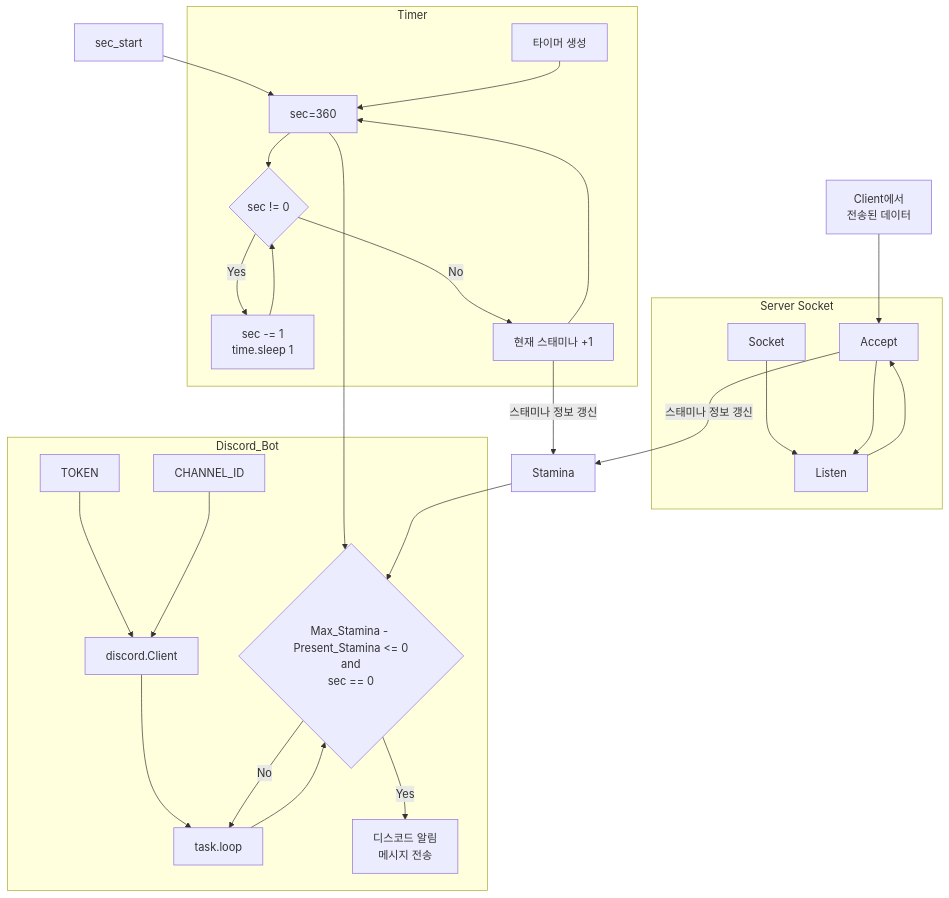
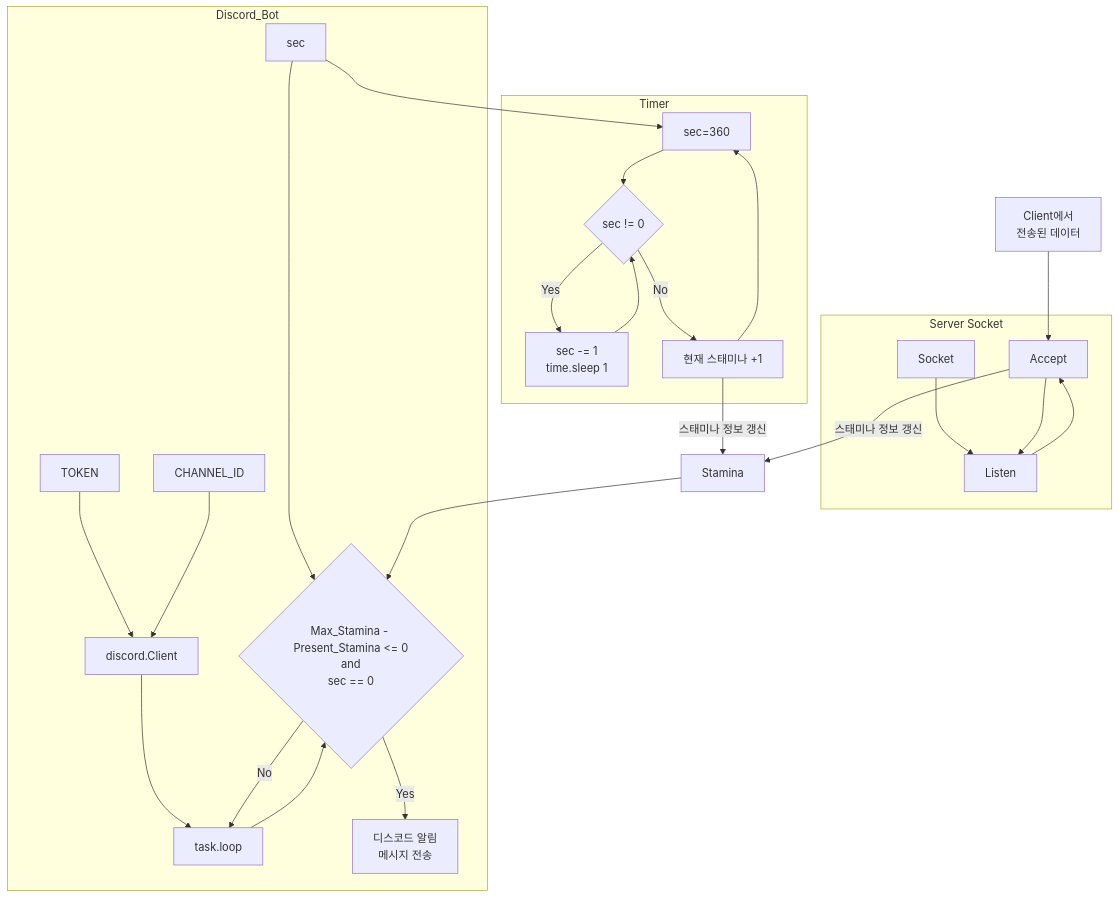
Before and after one commit to 201710808/Game-Stamina-Alarm: the third of 3 diagrams in README.md, drawn with Mermaid.

````diff
--- a/README.md
+++ b/README.md
@@ -55,33 +55,32 @@
 ```mermaid
 graph TB;
     data[Client에서\n전송된 데이터]-->Accept;
 
     subgraph Server Socket;
     Socket-->Listen;
     Listen-->Accept;
     end;
     Accept-->|스태미나 정보 갱신|Stamina;
     Accept-->Listen;
 
-    sec_start-->sec;
+    sec-->sec360;
     subgraph Timer;
-    timer_start[타이머 생성]-->sec;
-    sec[sec=360]-->condition{sec != 0};
+    sec360[sec=360]-->condition{sec != 0};
     condition-->|"Yes"|process_time[sec -= 1\ntime.sleep 1];
     process_time-->condition;
     condition-->|"No"|sync_stamina[현재 스태미나 +1];
-    sync_stamina-->sec;
+    sync_stamina-->sec360;
     end;
     sync_stamina-->|스태미나 정보 갱신|Stamina;
 
     subgraph Discord_Bot;
     TOKEN-->Client[discord.Client];
     CHANNEL_ID-->Client;
     Client-->task.loop;
     task.loop-->discord_condition{Max_Stamina - Present_Stamina <= 0\nand\nsec == 0};
     sec-->discord_condition;
     discord_condition-->|"Yes"|discord_message[디스코드 알림\n메시지 전송]
     discord_condition-->|"No"|task.loop;
     end;
     Stamina-->discord_condition;
 ```
````
